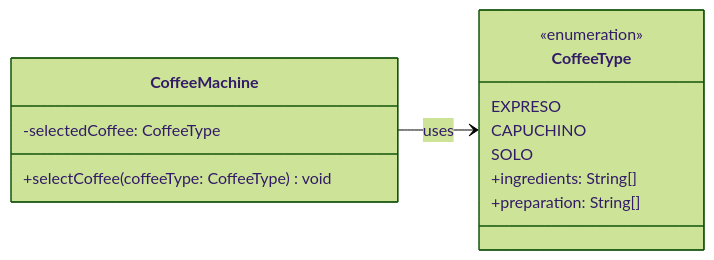
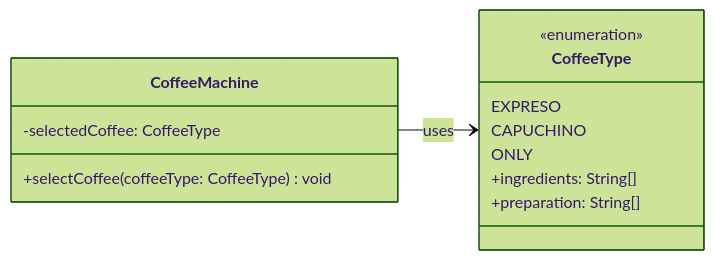
The third of 3 diagrams in README.md (anxovaz/maquina-cafe), drawn with Mermaid (forest theme) before and after one commit.

Commit message:
Rename SOLO -> ONLY coffeType

````diff
--- a/README.md
+++ b/README.md
@@ -91,20 +91,20 @@
 ```mermaid
 classDiagram
     direction LR
 
     class CoffeeMachine {
         -selectedCoffee: CoffeeType
         +selectCoffee(coffeeType: CoffeeType) void
     }
 
     class CoffeeType {
         <<enumeration>>
         EXPRESO
         CAPUCHINO
-        SOLO
+        ONLY
         +ingredients: String[]
         +preparation: String[]
     }
 
     CoffeeMachine --> CoffeeType : uses
 ```
````
